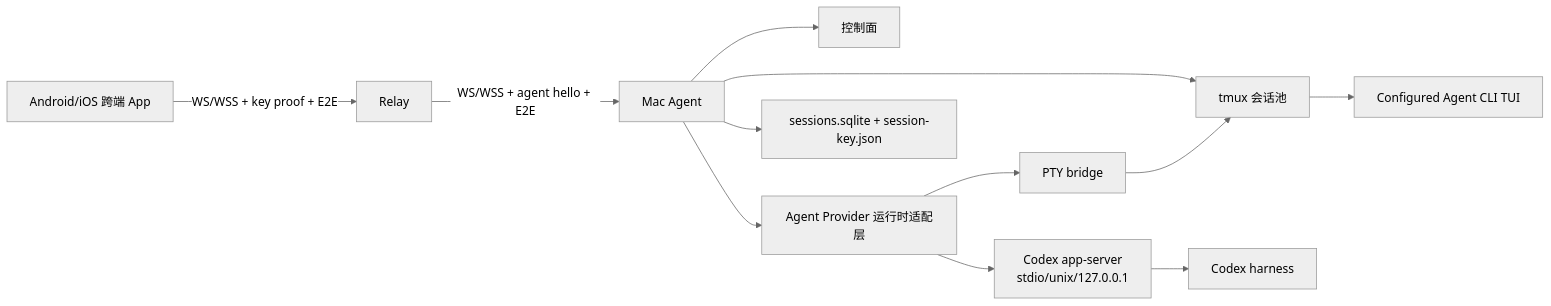
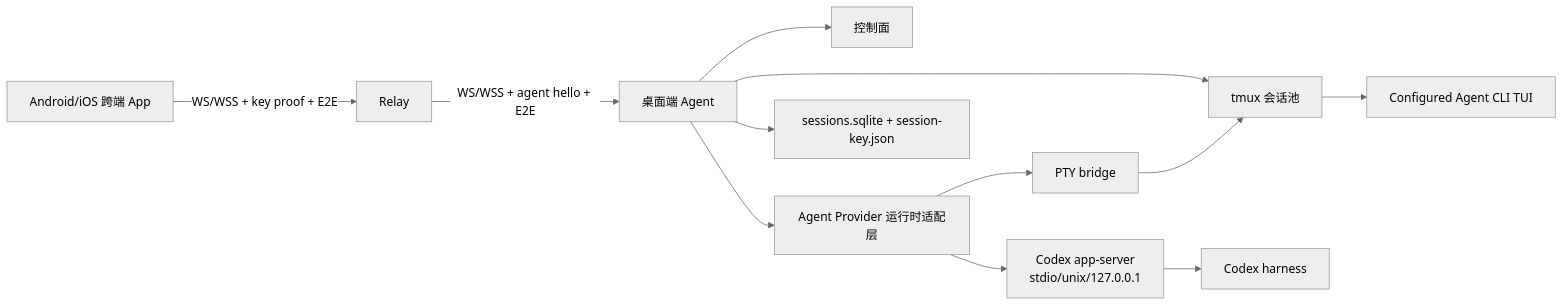
The first of 2 diagrams in docs/mobile-codex-tui-technical-solution.md (zhangbozhb/OmniWork), drawn with Mermaid (neutral theme) before and after one commit. The commit also changed other lines of this file and 89 other files, not shown here.

````diff
--- a/docs/mobile-codex-tui-technical-solution.md
+++ b/docs/mobile-codex-tui-technical-solution.md
@@ -198,17 +198,17 @@
 ```mermaid
 flowchart LR
   Phone["Android/iOS 跨端 App"] -->|WS/WSS + key proof + E2E| Relay["Relay"]
-  Relay -->|WS/WSS + agent hello + E2E| Agent["Mac Agent"]
+  Relay -->|WS/WSS + agent hello + E2E| Agent["桌面端 Agent"]
 
   Agent --> Control["控制面"]
   Agent --> Runtime["Agent Provider 运行时适配层"]
   Agent --> Tmux["tmux 会话池"]
   Agent --> Store["sessions.sqlite + session-key.json"]
 
   Runtime --> AppServer["Codex app-server<br/>stdio/unix/127.0.0.1"]
   Runtime --> PTY["PTY bridge"]
   PTY --> Tmux
   Tmux --> ProviderTUI["Configured Agent CLI TUI"]
 
   AppServer --> CodexHarness["Codex harness"]
 ```
````
